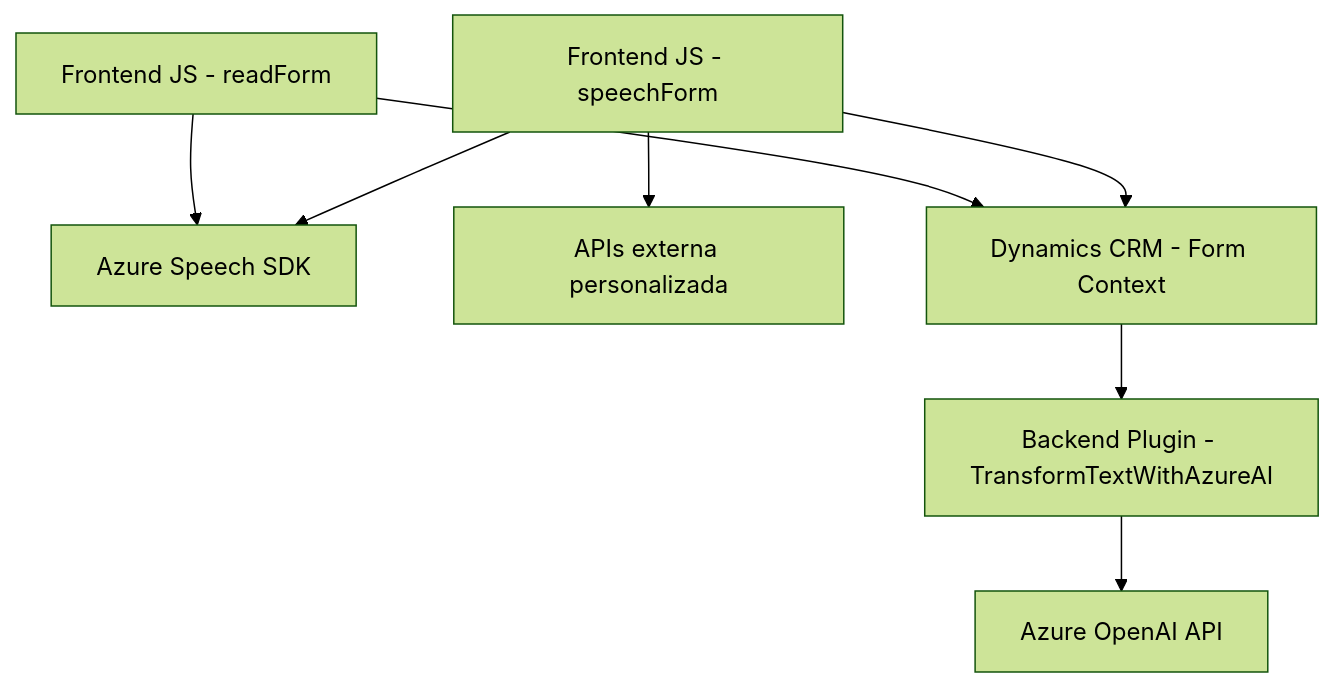
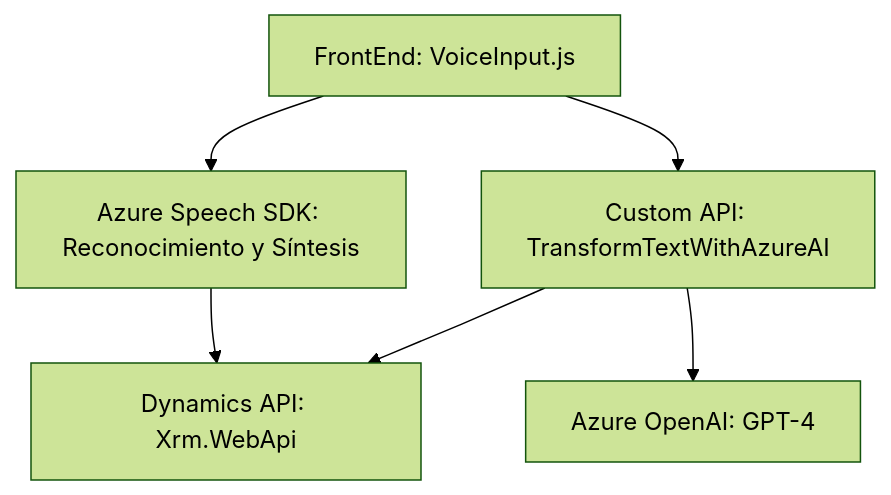
The diagram in README.md (blopezdm/NETCORE_BILBAO2025), drawn with Mermaid (forest theme) before and after one commit. The commit also changed other lines of this file, not shown here.

````diff
--- a/README.md
+++ b/README.md
@@ -34,10 +42,8 @@
 ```mermaid
 graph TD
-    A["Frontend JS - readForm"] --> B["Azure Speech SDK"]
-    C["Frontend JS - speechForm"] --> B
-    C --> D["APIs externa personalizada"]
-    A --> E["Dynamics CRM - Form Context"]
+    A["FrontEnd: VoiceInput.js"] --> B["Azure Speech SDK: Reconocimiento y Síntesis"]
+    A --> C["Custom API: TransformTextWithAzureAI"]
+    C --> D["Azure OpenAI: GPT-4"]
+    B --> E["Dynamics API: Xrm.WebApi"]
     C --> E
-    E --> F["Backend Plugin - TransformTextWithAzureAI"]
-    F --> G["Azure OpenAI API"]
 ```
````
